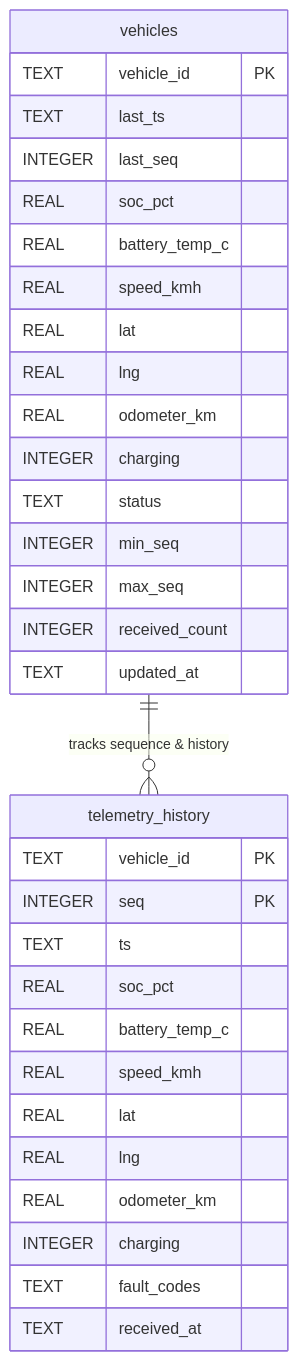
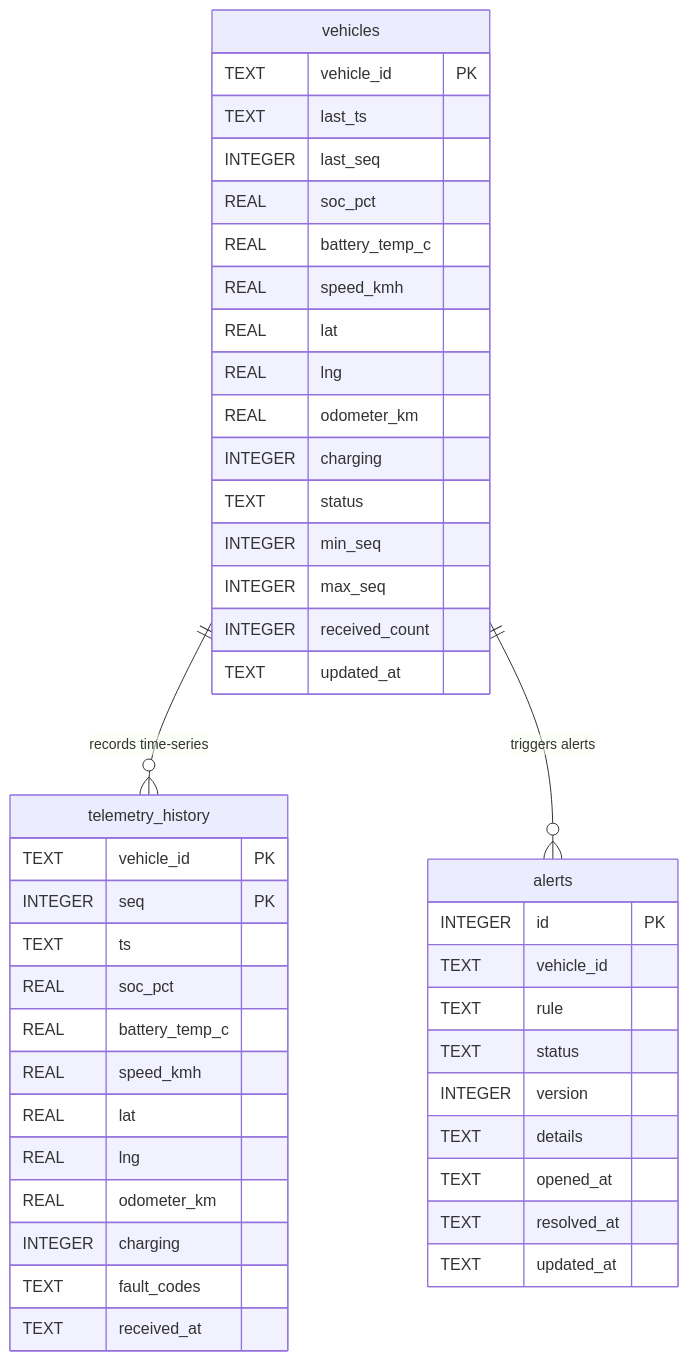
Before and after one commit to ashokgarlapati-pixel/voltgrid-telemetry: the second of 3 diagrams in docs/PHASE1_MASTER_PLAN.md, drawn with Mermaid. The commit also changed other lines of this file and 1 other file, not shown here.

````diff
--- a/docs/PHASE1_MASTER_PLAN.md
+++ b/docs/PHASE1_MASTER_PLAN.md
@@ -92,37 +134,50 @@
 ```mermaid
 erDiagram
     telemetry_history {
         TEXT vehicle_id PK
         INTEGER seq PK
         TEXT ts
         REAL soc_pct
         REAL battery_temp_c
         REAL speed_kmh
         REAL lat
         REAL lng
         REAL odometer_km
         INTEGER charging
         TEXT fault_codes
         TEXT received_at
     }
 
     vehicles {
         TEXT vehicle_id PK
         TEXT last_ts
         INTEGER last_seq
         REAL soc_pct
         REAL battery_temp_c
         REAL speed_kmh
         REAL lat
         REAL lng
         REAL odometer_km
         INTEGER charging
         TEXT status
         INTEGER min_seq
         INTEGER max_seq
         INTEGER received_count
         TEXT updated_at
     }
 
-    vehicles ||--o{ telemetry_history : "tracks sequence & history"
+    alerts {
+        INTEGER id PK
+        TEXT vehicle_id
+        TEXT rule
+        TEXT status
+        INTEGER version
+        TEXT details
+        TEXT opened_at
+        TEXT resolved_at
+        TEXT updated_at
+    }
+
+    vehicles ||--o{ telemetry_history : "records time-series"
+    vehicles ||--o{ alerts : "triggers alerts"
 ```
````
